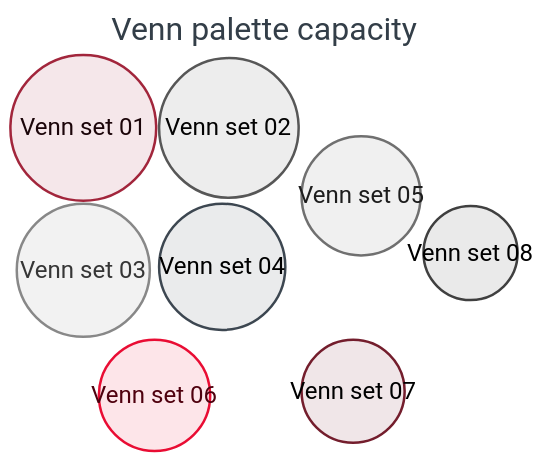
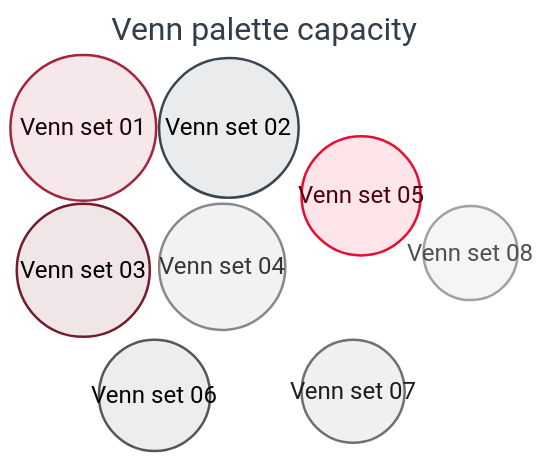
Before and after one commit to gvillarroel/skills: the diagram in skills/mermaid/assets/examples/mermaid-max-complexity/source/colorset1/venn.mmd, drawn with Mermaid. The commit also changed 847 other files, not shown here.

```diff
--- a/skills/mermaid/assets/examples/mermaid-max-complexity/source/colorset1/venn.mmd
+++ b/skills/mermaid/assets/examples/mermaid-max-complexity/source/colorset1/venn.mmd
@@ -1,54 +1,55 @@
 ---
 # mermaid: config begin
 config:
   theme: "base"
   themeVariables:
     background: "#ffffff"
-    primaryColor: "#ffccd5"
-    primaryTextColor: "#333e48"
+    primaryColor: "#9e1b32"
+    primaryTextColor: "#ffffff"
     primaryBorderColor: "#9e1b32"
-    secondaryColor: "#e7e7e7"
-    secondaryTextColor: "#333e48"
-    secondaryBorderColor: "#4f4f4f"
-    tertiaryColor: "#e7e7e7"
-    tertiaryTextColor: "#333e48"
-    tertiaryBorderColor: "#9c9c9c"
+    secondaryColor: "#333e48"
+    secondaryTextColor: "#ffffff"
+    secondaryBorderColor: "#333e48"
+    tertiaryColor: "#6d1222"
+    tertiaryTextColor: "#ffffff"
+    tertiaryBorderColor: "#6d1222"
     lineColor: "#696969"
     textColor: "#333e48"
-    mainBkg: "#ffccd5"
-    nodeBkg: "#ffccd5"
+    mainBkg: "#9e1b32"
+    nodeBkg: "#9e1b32"
     nodeBorder: "#9e1b32"
     clusterBkg: "#e7e7e7"
     clusterBorder: "#9c9c9c"
     defaultLinkColor: "#696969"
     edgeLabelBackground: "#ffffff"
-    labelColor: "#333e48"
+    labelColor: "#ffffff"
     titleColor: "#333e48"
     venn1: "#9e1b32"
-    venn2: "#4f4f4f"
-    venn3: "#828282"
-    venn4: "#333e48"
-    venn5: "#696969"
-    venn6: "#e8002a"
-    venn7: "#6d1222"
-    venn8: "#363636"
+    venn2: "#333e48"
+    venn3: "#6d1222"
+    venn4: "#828282"
+    venn5: "#e8002a"
+    venn6: "#4f4f4f"
+    venn7: "#696969"
+    venn8: "#9c9c9c"
     vennTitleTextColor: "#333e48"
     vennSetTextColor: "#333e48"
+  themeCSS: ".node > rect, .node > circle, .node > ellipse, .node > polygon, .node > path, rect.actor, .note, .task, .task0, .task1, .task2, .task3 { stroke-width: 0 !important; }"
 # mermaid: config end
 # mermaid: metadata begin
 mermaid:
   colorset: "colorset1"
   mode: "standard"
   palette: "basic-red-neutral-style"
 # mermaid: metadata end
 ---
 venn-beta
   title Venn palette capacity
   set S01["Venn set 01"]: 12
   set S02["Venn set 02"]: 11
   set S03["Venn set 03"]: 10
   set S04["Venn set 04"]: 9
   set S05["Venn set 05"]: 8
   set S06["Venn set 06"]: 7
   set S07["Venn set 07"]: 6
   set S08["Venn set 08"]: 5
```
